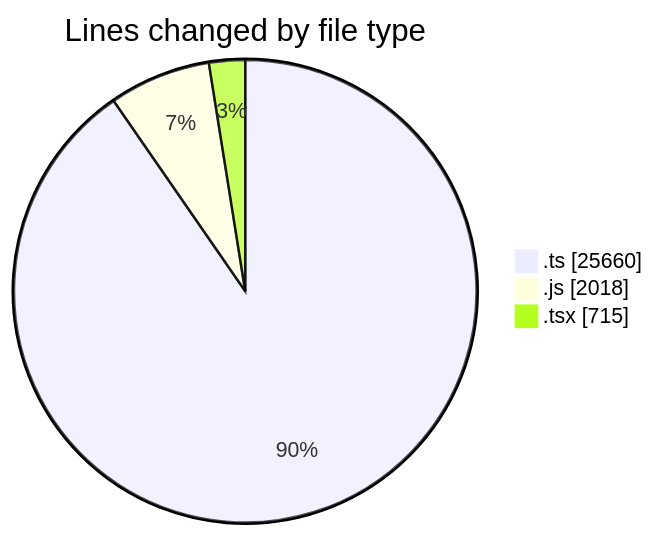
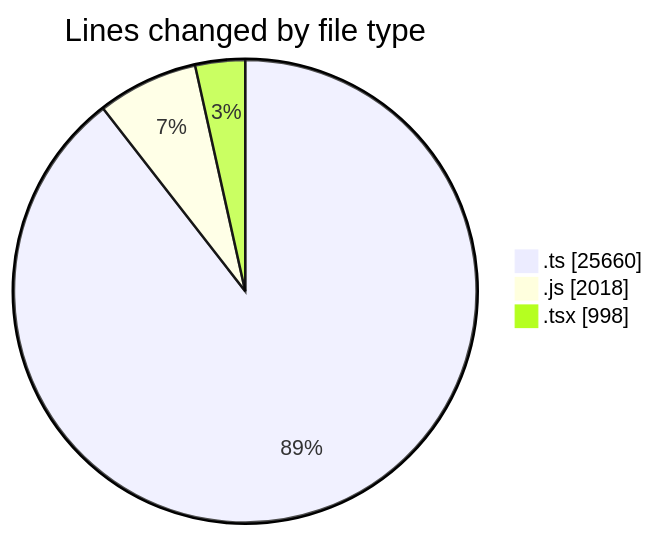
Before and after one commit to momahboobian/code-tracking: the first of 2 diagrams in 2025-06-20/cda/README.md, drawn with Mermaid. The commit also changed other lines of this file and 1 other file, not shown here.

````diff
--- a/2025-06-20/cda/README.md
+++ b/2025-06-20/cda/README.md
@@ -42,7 +43,7 @@
 ```mermaid
 pie showData
 title Lines changed by file type
 ".ts" : 25660
 ".js" : 2018
-".tsx" : 715
+".tsx" : 998
 ```
````
